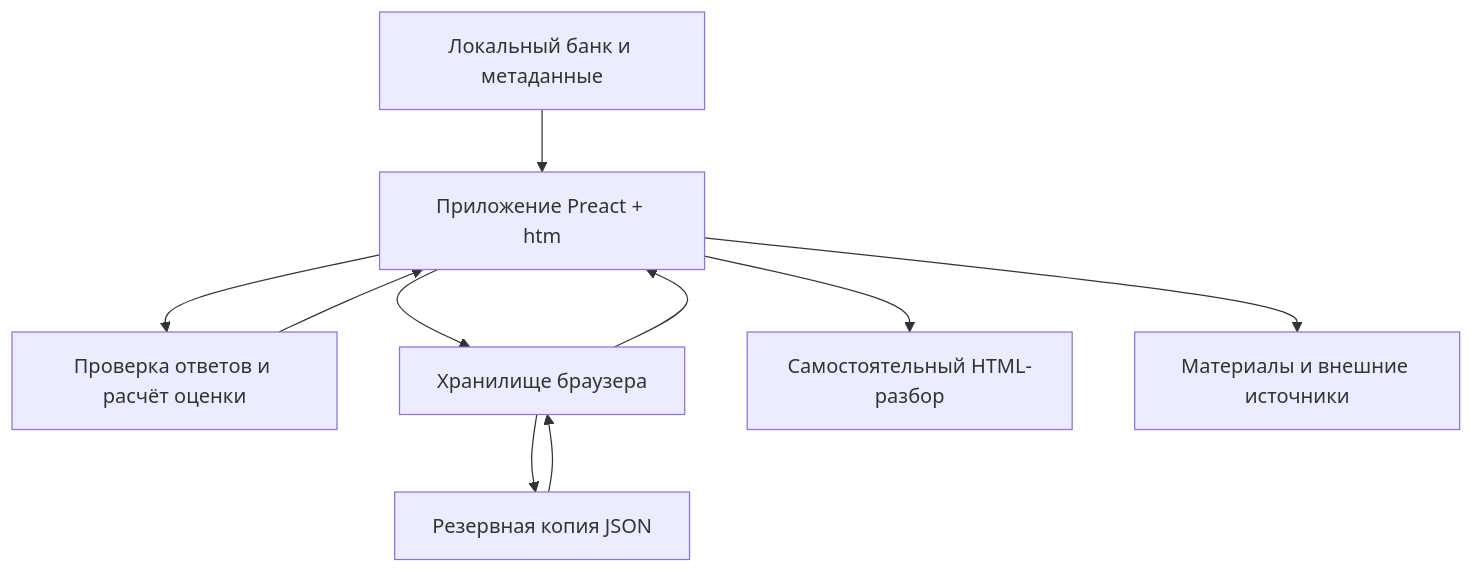
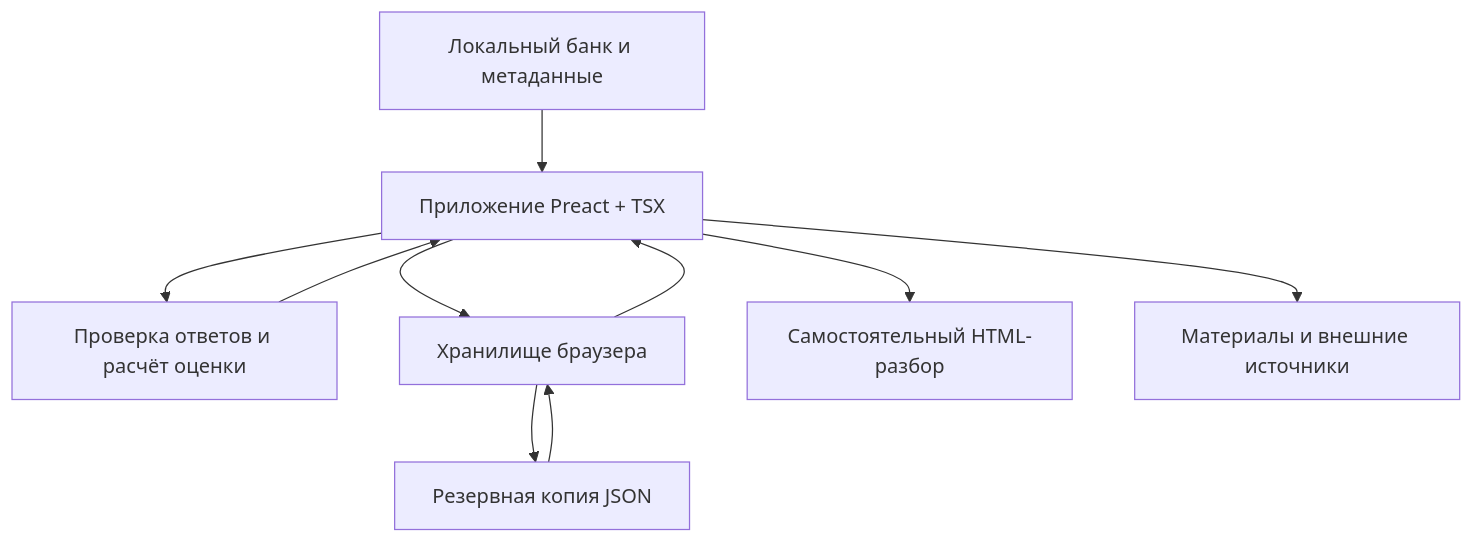
Before and after one commit to ed-would/yandex-ai-studio-exam-lab: the diagram in docs/DEVELOPMENT.md, drawn with Mermaid. The commit also changed other lines of this file and 50 other files, not shown here.

````diff
--- a/docs/DEVELOPMENT.md
+++ b/docs/DEVELOPMENT.md
@@ -9,12 +9,12 @@
 ```mermaid
 flowchart TD
-  B["Локальный банк и метаданные"] --> A["Приложение Preact + htm"]
+  B["Локальный банк и метаданные"] --> A["Приложение Preact + TSX"]
   A --> E["Проверка ответов и расчёт оценки"]
   E --> A
   A --> S["Хранилище браузера"]
   S --> A
   S --> J["Резервная копия JSON"]
   J --> S
   A --> R["Самостоятельный HTML-разбор"]
   A --> M["Материалы и внешние источники"]
 ```
````
